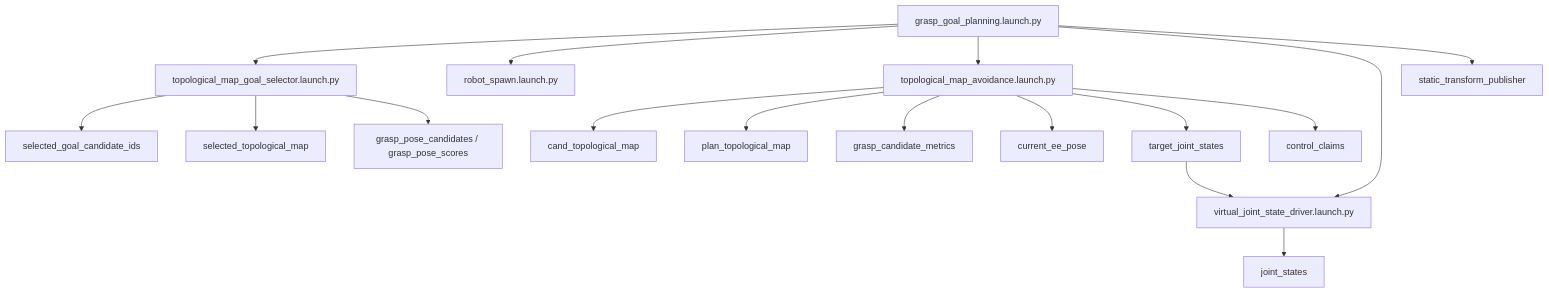
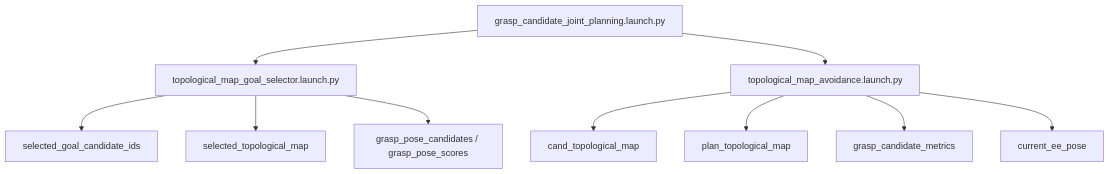
One commit to uraki-UH/arm_avoidance changed the first of 10 diagrams in gng_vlut_system/docs/TECHNICAL_SPEC.md. Above: the diagram before and after it, drawn with Mermaid. The commit also changed other lines of this file and 15 other files, not shown here.

````diff
--- a/gng_vlut_system/docs/TECHNICAL_SPEC.md
+++ b/gng_vlut_system/docs/TECHNICAL_SPEC.md
@@ -20,22 +18,14 @@
 ```mermaid
 flowchart TD
-    A[grasp_goal_planning.launch.py] --> B[topological_map_goal_selector.launch.py]
-    A --> C[robot_spawn.launch.py]
+    A[grasp_candidate_joint_planning.launch.py] --> B[topological_map_goal_selector.launch.py]
     A --> D[topological_map_avoidance.launch.py]
-    A --> E[virtual_joint_state_driver.launch.py]
-    A --> F[static_transform_publisher]
 
     B --> G[selected_goal_candidate_ids]
     B --> H[selected_topological_map]
     B --> J[grasp_pose_candidates / grasp_pose_scores]
 
     D --> K[cand_topological_map]
     D --> L[plan_topological_map]
     D --> M[grasp_candidate_metrics]
     D --> N[current_ee_pose]
-    D --> O[target_joint_states]
-    D --> P[control_claims]
-
-    O --> E
-    E --> Q[joint_states]
 ```
````
